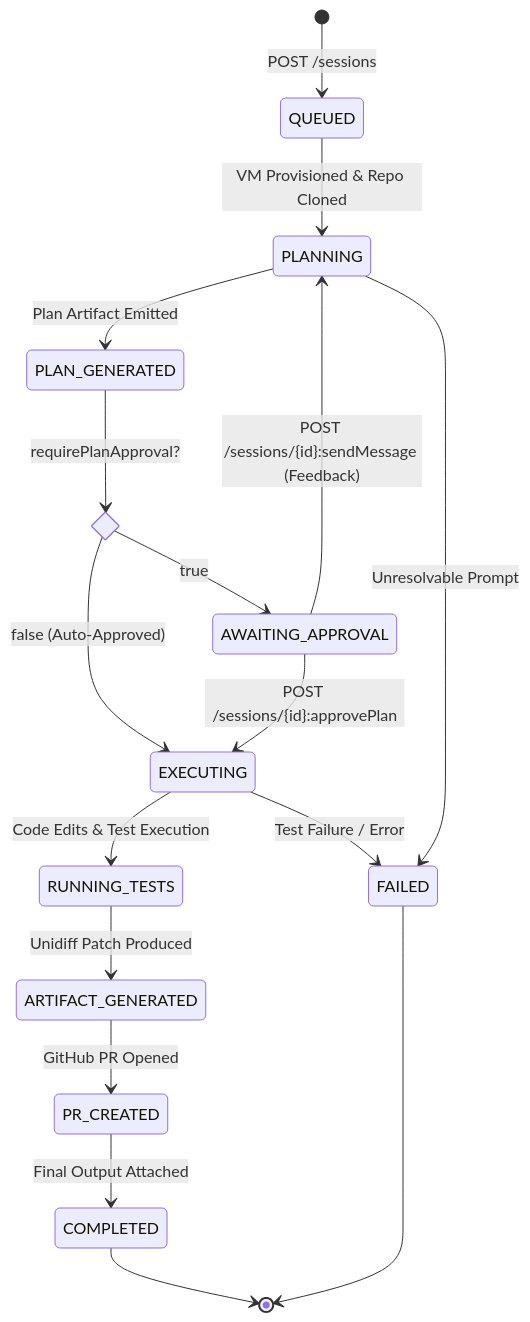
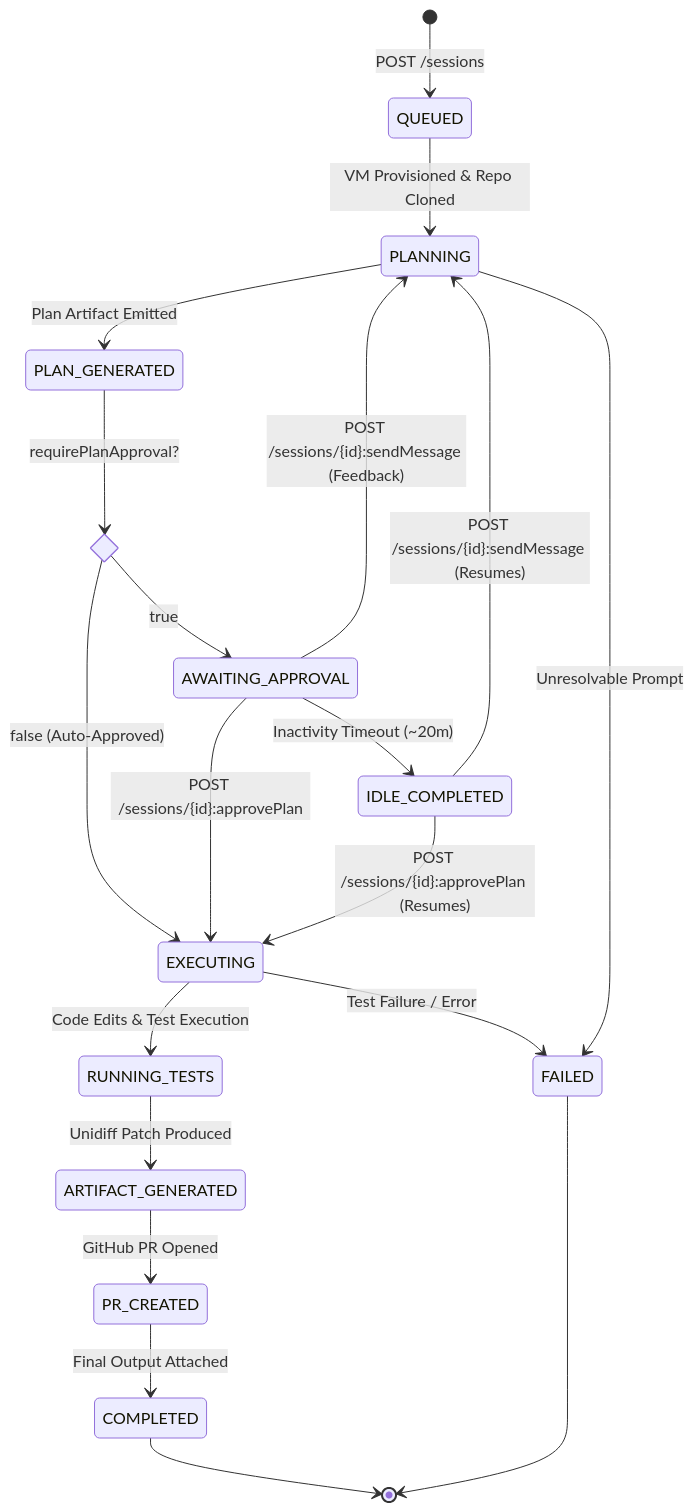
The diagram in .github/skills/google-jules-api/references/session-lifecycle.md (warpcode/dotfiles), drawn with Mermaid before and after one commit. The commit also changed other lines of this file and 4 other files, not shown here.

Commit message:
feat: enhance session auditing with idle state handling and pending plan assessments

````diff
--- a/.github/skills/google-jules-api/references/session-lifecycle.md
+++ b/.github/skills/google-jules-api/references/session-lifecycle.md
@@ -5,25 +5,29 @@
 ```mermaid
 stateDiagram-v2
     [*] --> QUEUED: POST /sessions
     QUEUED --> PLANNING: VM Provisioned & Repo Cloned
     PLANNING --> PLAN_GENERATED: Plan Artifact Emitted
 
     state Plan_Gate <<choice>>
     PLAN_GENERATED --> Plan_Gate: requirePlanApproval?
 
     Plan_Gate --> AWAITING_APPROVAL: true
     Plan_Gate --> EXECUTING: false (Auto-Approved)
 
     AWAITING_APPROVAL --> EXECUTING: POST /sessions/{id}:approvePlan
     AWAITING_APPROVAL --> PLANNING: POST /sessions/{id}:sendMessage (Feedback)
+    AWAITING_APPROVAL --> IDLE_COMPLETED: Inactivity Timeout (~20m)
+
+    IDLE_COMPLETED --> EXECUTING: POST /sessions/{id}:approvePlan (Resumes)
+    IDLE_COMPLETED --> PLANNING: POST /sessions/{id}:sendMessage (Resumes)
 
     EXECUTING --> RUNNING_TESTS: Code Edits & Test Execution
     RUNNING_TESTS --> ARTIFACT_GENERATED: Unidiff Patch Produced
     ARTIFACT_GENERATED --> PR_CREATED: GitHub PR Opened
     PR_CREATED --> COMPLETED: Final Output Attached
     COMPLETED --> [*]
 
     EXECUTING --> FAILED: Test Failure / Error
     PLANNING --> FAILED: Unresolvable Prompt
     FAILED --> [*]
 ```
````
